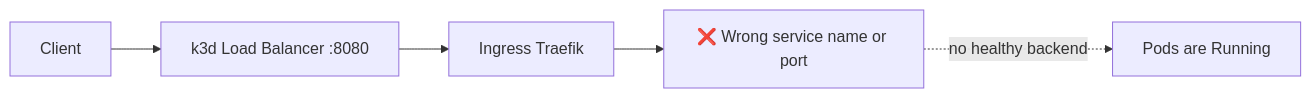
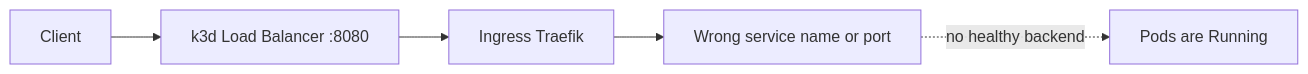
Before and after one commit to giovannitammaroaws/devops-tests: the second of 2 diagrams in README.md, drawn with Mermaid. The commit also changed other lines of this file, not shown here.

````diff
--- a/README.md
+++ b/README.md
@@ -38,7 +72,7 @@
 ```mermaid
 flowchart LR
   C[Client] --> LB[k3d Load Balancer :8080]
   LB --> I[Ingress Traefik]
-  I --> X[❌ Wrong service name or port]
+  I --> X[Wrong service name or port]
   X -. no healthy backend .-> P[Pods are Running]
 ```
````
